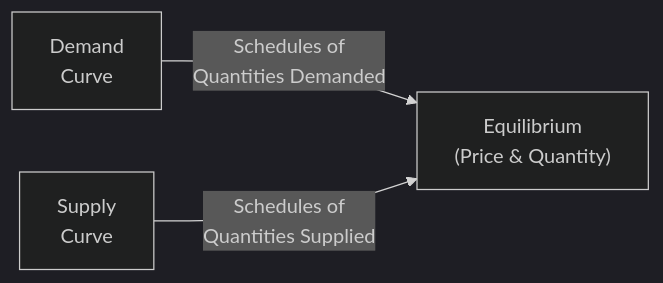
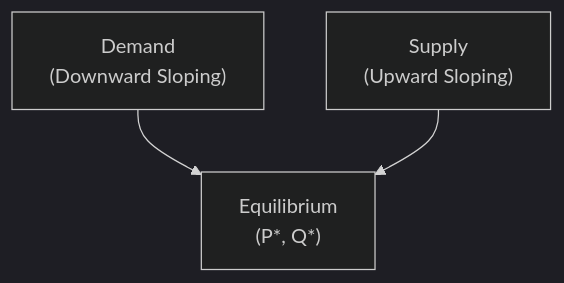
One commit to MasteryEducation/SecuritiesExamsMastery.ca changed the first of 3 diagrams in content/ifc/3/8/index.md. Above: the diagram before and after it, drawn with Mermaid (dark theme). The commit also changed other lines of this file and 130 other files, not shown here.

````diff
--- a/content/ifc/3/8/index.md
+++ b/content/ifc/3/8/index.md
@@ -60,5 +32,8 @@
 ```mermaid
-flowchart LR
-    D["Demand <br/>Curve"] -- Schedules of <br/>Quantities Demanded --> E["Equilibrium <br/>(Price & Quantity)"]
-    S["Supply <br/>Curve"] -- Schedules of <br/>Quantities Supplied --> E
+flowchart TB
+    D["Demand <br/>(Downward Sloping)"]
+    S["Supply <br/>(Upward Sloping)"]
+    E["Equilibrium <br/>(P*, Q*)"]
+    D --> E
+    S --> E
 ```
````
